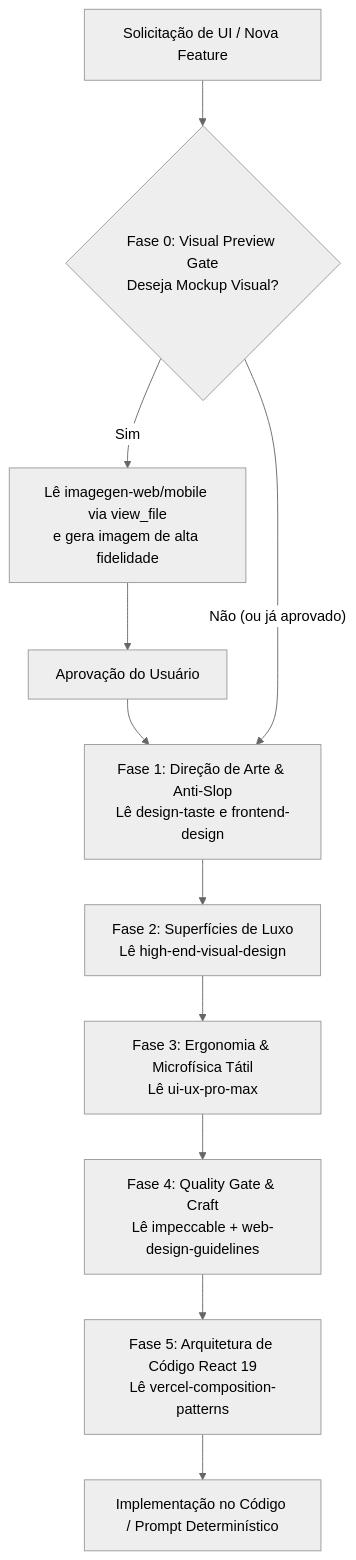
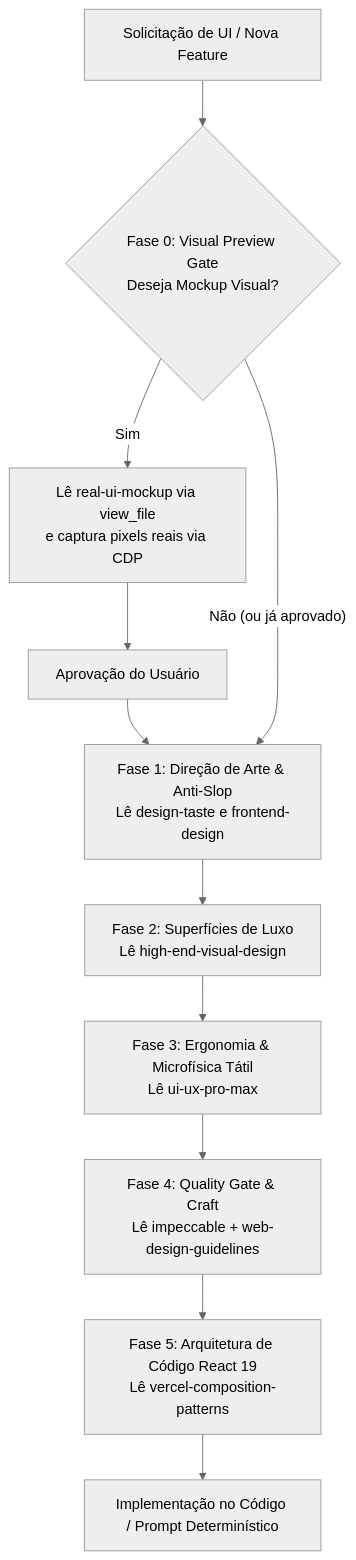
Before and after one commit to joaobarreto27/docs_church: the diagram in .agents/skills/frontend-director/SKILL.md, drawn with Mermaid (neutral theme). The commit also changed other lines of this file and 2 other files, not shown here.

Commit message:
docs(skills): atualizar frontend-director com referencia a real-ui-mockup

````diff
--- a/.agents/skills/frontend-director/SKILL.md
+++ b/.agents/skills/frontend-director/SKILL.md
@@ -54,13 +53,13 @@
 ```mermaid
 flowchart TD
     A["Solicitação de UI / Nova Feature"] --> B{"Fase 0: Visual Preview Gate<br/>Deseja Mockup Visual?"}
-    B -- "Sim" --> C["Lê imagegen-web/mobile via view_file<br/>e gera imagem de alta fidelidade"]
+    B -- "Sim" --> C["Lê real-ui-mockup via view_file<br/>e captura pixels reais via CDP"]
     C --> D["Aprovação do Usuário"]
     D --> E["Fase 1: Direção de Arte & Anti-Slop<br/>Lê design-taste e frontend-design"]
     B -- "Não (ou já aprovado)" --> E
     E --> F["Fase 2: Superfícies de Luxo<br/>Lê high-end-visual-design"]
     F --> G["Fase 3: Ergonomia & Microfísica Tátil<br/>Lê ui-ux-pro-max"]
     G --> H["Fase 4: Quality Gate & Craft<br/>Lê impeccable + web-design-guidelines"]
     H --> I["Fase 5: Arquitetura de Código React 19<br/>Lê vercel-composition-patterns"]
     I --> J["Implementação no Código / Prompt Determinístico"]
 ```
````
